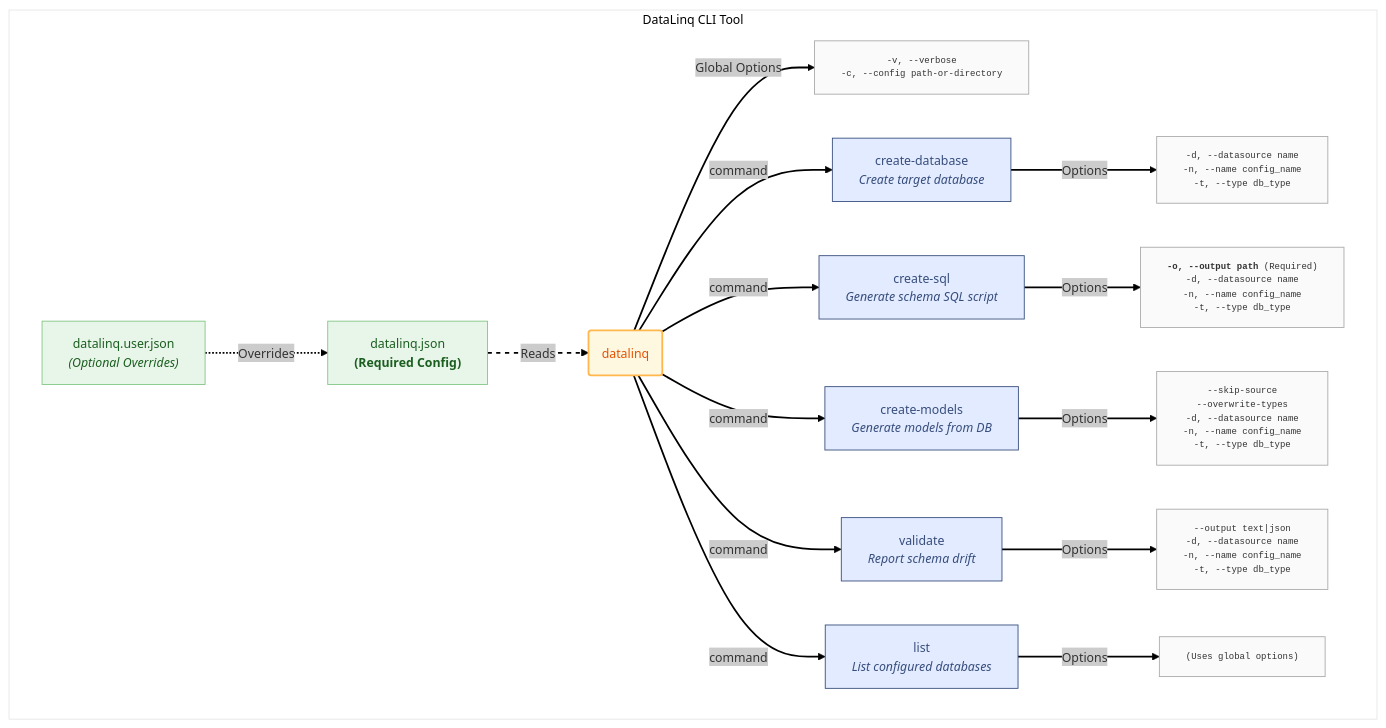
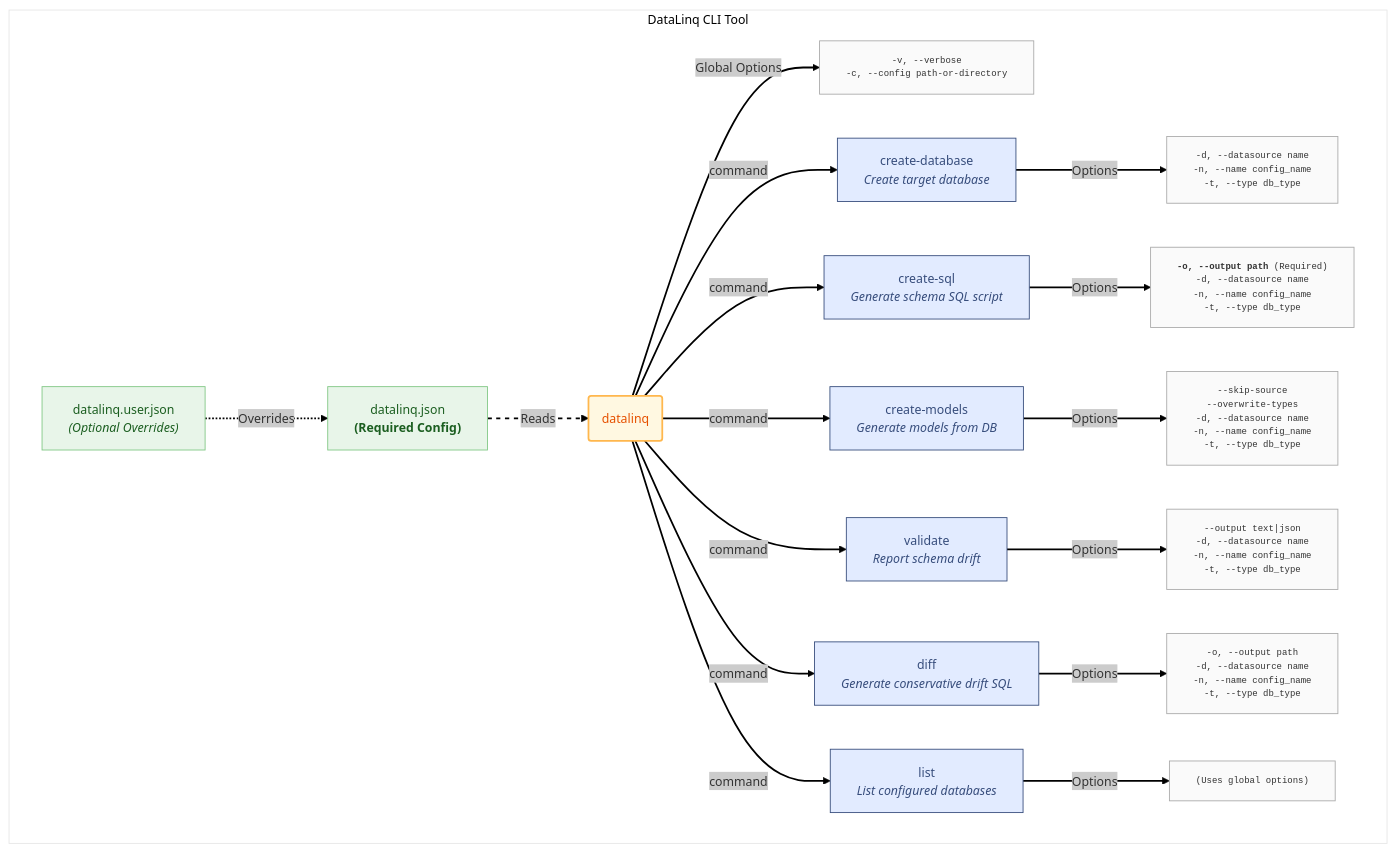
The diagram in docs/CLI Documentation.md (bazer/DataLinq), drawn with Mermaid before and after one commit. The commit also changed other lines of this file and 7 other files, not shown here.

First line of the commit message:
Add conservative schema diff scripts

````diff
--- a/docs/CLI Documentation.md
+++ b/docs/CLI Documentation.md
@@ -7,52 +7,56 @@
 ```mermaid
 ---
 config:
   theme: neo
   look: classic
 ---
 graph TD
     subgraph "DataLinq CLI Tool"
 
             ConfigFile["datalinq.json<br/><b>(Required Config)</b>"]:::FileStyle
             UserConfigFile["datalinq.user.json<br/><i>(Optional Overrides)</i>"]:::FileStyle
         CLI(datalinq):::ToolStyle -- Global Options --> GlobalOpts["-v, --verbose<br/>-c, --config path-or-directory"]
 
         ConfigFile -- Reads --> CLI
         UserConfigFile -.->|Overrides| ConfigFile
 
         CLI -- command --> CreateDB["create-database<br/><i>Create target database</i>"]
         CLI -- command --> CreateSQL["create-sql<br/><i>Generate schema SQL script</i>"]
         CLI -- command --> CreateModels["create-models<br/><i>Generate models from DB</i>"]
         CLI -- command --> Validate["validate<br/><i>Report schema drift</i>"]
+        CLI -- command --> Diff["diff<br/><i>Generate conservative drift SQL</i>"]
         CLI -- command --> ListCmd["list<br/><i>List configured databases</i>"]
 
         CreateDB -- Options --> CD_Opts["-d, --datasource name<br/>-n, --name config_name<br/>-t, --type db_type"]
         CreateSQL -- Options --> CS_Opts["<b>-o, --output path</b> (Required)<br/>-d, --datasource name<br/>-n, --name config_name<br/>-t, --type db_type"]
         CreateModels -- Options --> CM_Opts["--skip-source<br/>--overwrite-types<br/>-d, --datasource name<br/>-n, --name config_name<br/>-t, --type db_type"]
         Validate -- Options --> Val_Opts["--output text|json<br/>-d, --datasource name<br/>-n, --name config_name<br/>-t, --type db_type"]
+        Diff -- Options --> Diff_Opts["-o, --output path<br/>-d, --datasource name<br/>-n, --name config_name<br/>-t, --type db_type"]
         ListCmd -- Options --> List_Opts["(Uses global options)"]
 
         CLI:::ToolStyle
         CreateDB:::CommandStyle
         CreateSQL:::CommandStyle
         CreateModels:::CommandStyle
         Validate:::CommandStyle
+        Diff:::CommandStyle
         ListCmd:::CommandStyle
         CD_Opts:::OptionsStyle
         CS_Opts:::OptionsStyle
         CM_Opts:::OptionsStyle
         Val_Opts:::OptionsStyle
+        Diff_Opts:::OptionsStyle
         List_Opts:::OptionsStyle
         GlobalOpts:::OptionsStyle
         ConfigFile:::FileStyle
         UserConfigFile:::FileStyle
 
     end
 
     classDef ToolStyle stroke-width:2px, stroke:#FFB74D, fill:#FFF8E1, color:#E65100
     classDef CommandStyle stroke-width:1px, stroke:#374D7C, fill:#E2EBFF, color:#374D7C
     classDef OptionsStyle stroke-width:1px, stroke:#AAAAAA, fill:#FAFAFA, color:#333333, font-family:monospace, font-size:0.9em
     classDef FileStyle stroke-width:1px, stroke:#81C784, fill:#E8F5E9, color:#1B5E20
     linkStyle default stroke:#000000
     linkStyle 1 stroke-dasharray: 5 5
 ```
````
